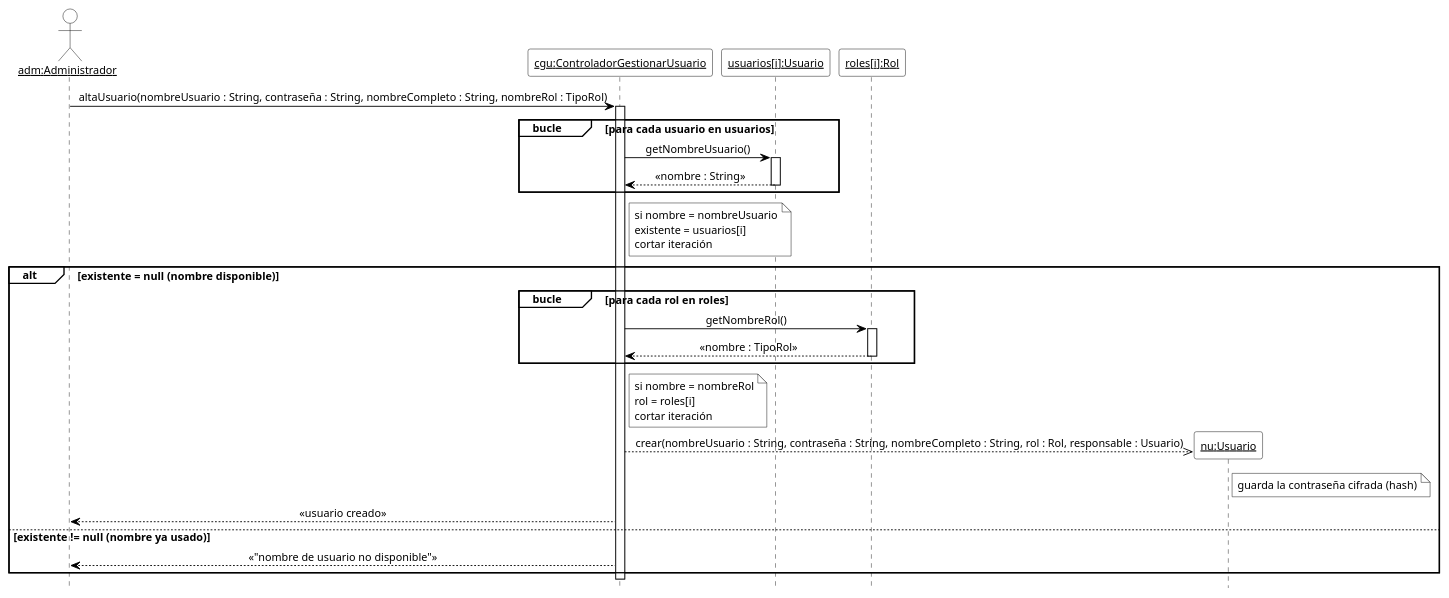
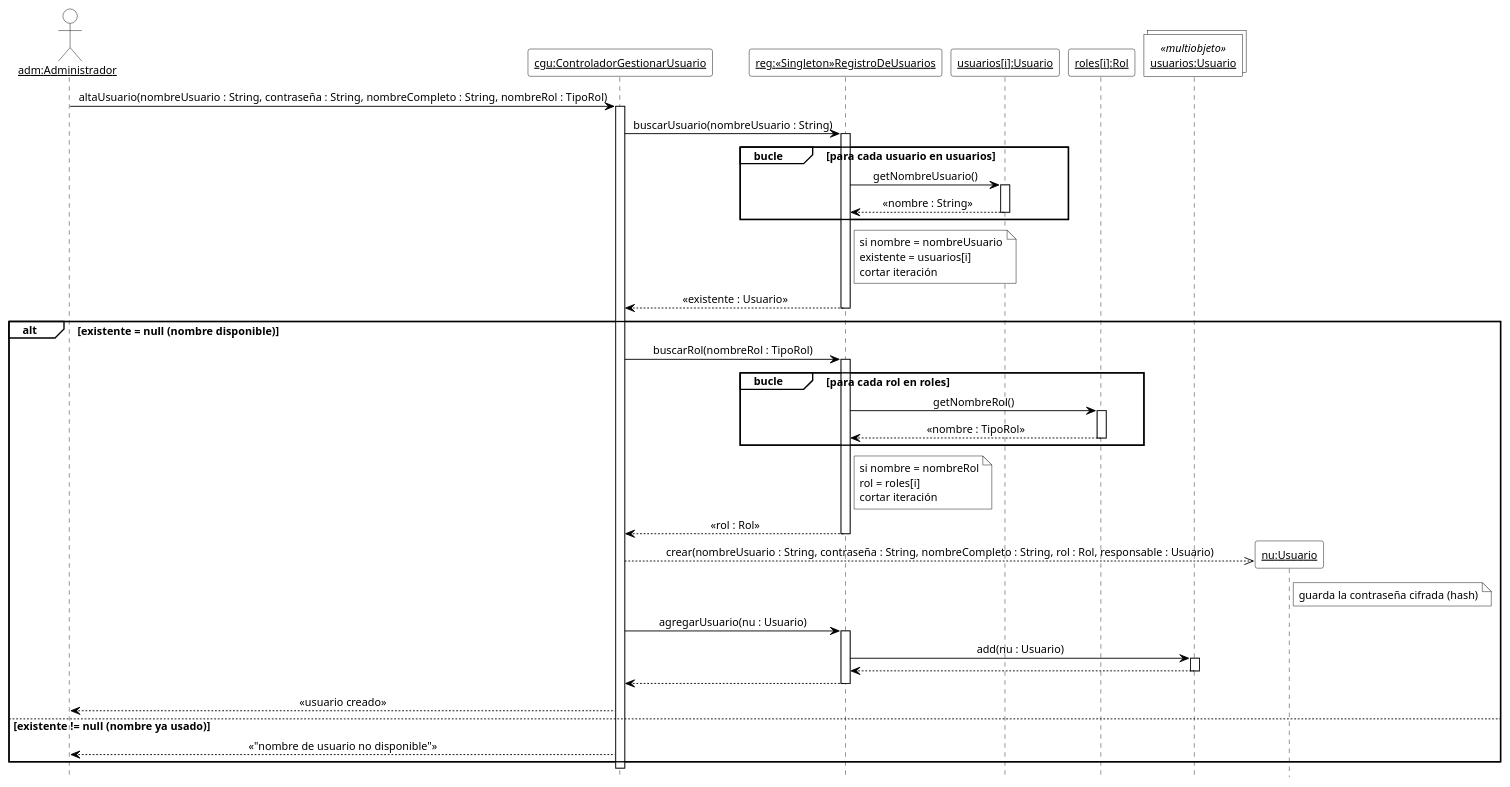
The second of 17 diagrams in 08-Diagrama De Secuencia/Diagramas_de_Secuencia.md (cirotop/Stock-Project), drawn with PlantUML before and after one commit. The commit also changed other lines of this file and 36 other files, not shown here.

````diff
--- a/08-Diagrama De Secuencia/Diagramas_de_Secuencia.md
+++ b/08-Diagrama De Secuencia/Diagramas_de_Secuencia.md
@@ -140,58 +145,70 @@
 ```plantuml
 @startuml DSD_CU-02_altaUsuario
 ' Diagrama de Secuencia de Diseño (DSD) - CU-02 Gestionar usuario - altaUsuario
 ' Estilo de los ejemplos de la teoría (introducirArticulo / crearNuevaVenta).
 hide footbox
 skinparam shadowing false
 skinparam defaultFontName Arial
 skinparam defaultFontSize 12
 skinparam sequenceMessageAlign center
 skinparam ArrowColor black
 skinparam ParticipantBackgroundColor white
 skinparam ParticipantBorderColor black
+skinparam CollectionsBackgroundColor white
+skinparam CollectionsBorderColor black
 skinparam ActorBackgroundColor white
 skinparam ActorBorderColor black
 skinparam LifeLineBorderColor black
 skinparam LifeLineBackgroundColor white
 skinparam SequenceGroupBackgroundColor white
 skinparam SequenceGroupBorderColor black
 skinparam SequenceGroupHeaderFontColor black
 skinparam NoteBackgroundColor white
 skinparam NoteBorderColor black
 
 actor "<u>adm:Administrador</u>" as adm
 participant "<u>cgu:ControladorGestionarUsuario</u>" as cgu
+participant "<u>reg:«Singleton»RegistroDeUsuarios</u>" as reg
 participant "<u>usuarios[i]:Usuario</u>" as ui
 participant "<u>roles[i]:Rol</u>" as ri
+collections "<u>usuarios:Usuario</u>" as mu <<multiobjeto>>
 
 adm -> cgu ++ : altaUsuario(nombreUsuario : String, contraseña : String, nombreCompleto : String, nombreRol : TipoRol)
+cgu -> reg ++ : buscarUsuario(nombreUsuario : String)
 group bucle [para cada usuario en usuarios]
-  cgu -> ui ++ : getNombreUsuario()
-  ui --> cgu -- : «nombre : String»
+  reg -> ui ++ : getNombreUsuario()
+  ui --> reg -- : «nombre : String»
 end
-note right of cgu
+note right of reg
   si nombre = nombreUsuario
   existente = usuarios[i]
   cortar iteración
 end note
+reg --> cgu -- : «existente : Usuario»
 alt existente = null (nombre disponible)
+  cgu -> reg ++ : buscarRol(nombreRol : TipoRol)
   group bucle [para cada rol en roles]
-    cgu -> ri ++ : getNombreRol()
-    ri --> cgu -- : «nombre : TipoRol»
+    reg -> ri ++ : getNombreRol()
+    ri --> reg -- : «nombre : TipoRol»
   end
-  note right of cgu
+  note right of reg
     si nombre = nombreRol
     rol = roles[i]
     cortar iteración
   end note
+  reg --> cgu -- : «rol : Rol»
   create participant "<u>nu:Usuario</u>" as nu
   cgu -->> nu : crear(nombreUsuario : String, contraseña : String, nombreCompleto : String, rol : Rol, responsable : Usuario)
   note right of nu : guarda la contraseña cifrada (hash)
+  cgu -> reg ++ : agregarUsuario(nu : Usuario)
+  reg -> mu ++ : add(nu : Usuario)
+  mu --> reg --
+  reg --> cgu --
   cgu --> adm : «usuario creado»
 else existente != null (nombre ya usado)
   cgu --> adm : «"nombre de usuario no disponible"»
 end
 deactivate cgu
 
 @enduml
 ```
````
